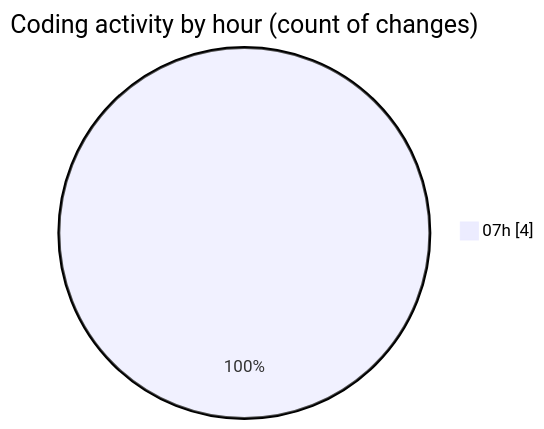
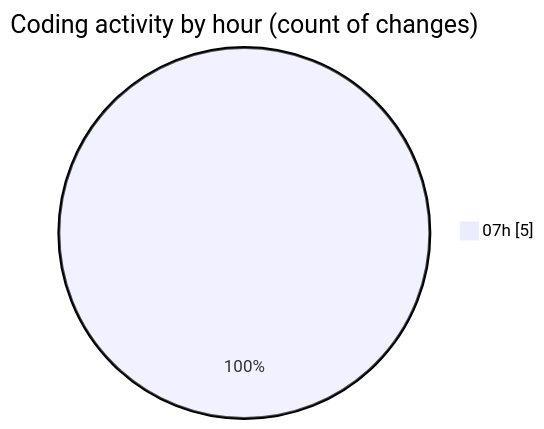
Before and after one commit to robertbonfada/code-tracking: the second of 2 diagrams in 2025-03-07/mbc-web/README.md, drawn with Mermaid. The commit also changed other lines of this file and 1 other file, not shown here.

````diff
--- a/2025-03-07/mbc-web/README.md
+++ b/2025-03-07/mbc-web/README.md
@@ -30,5 +31,5 @@
 ```mermaid
 pie showData
 title Coding activity by hour (count of changes)
-"07h" : 4
+"07h" : 5
 ```
````
